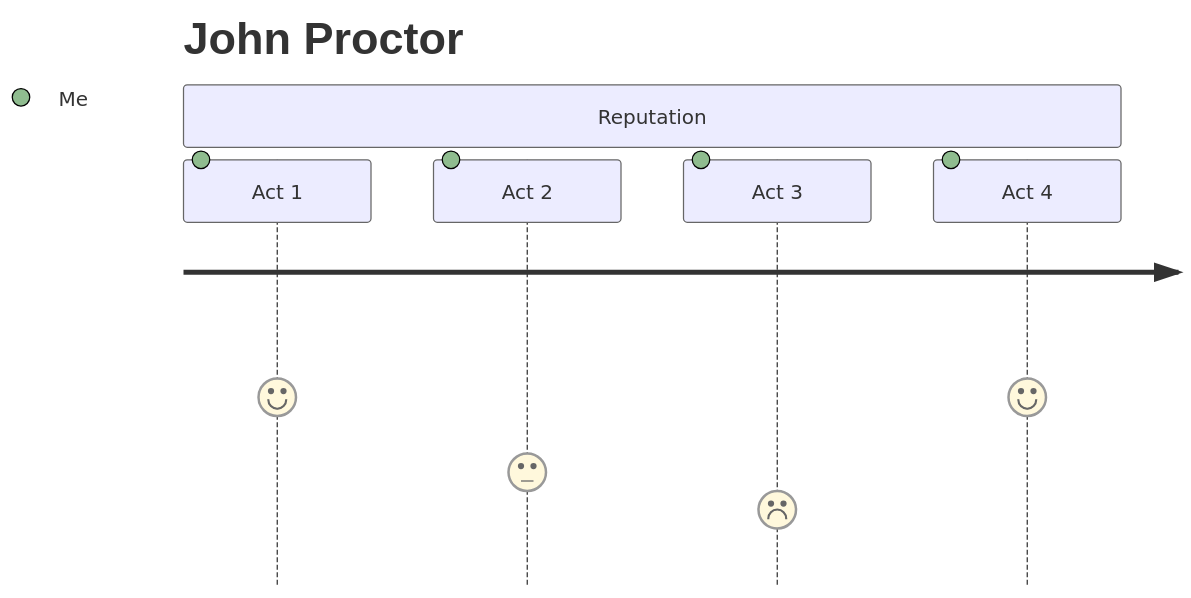
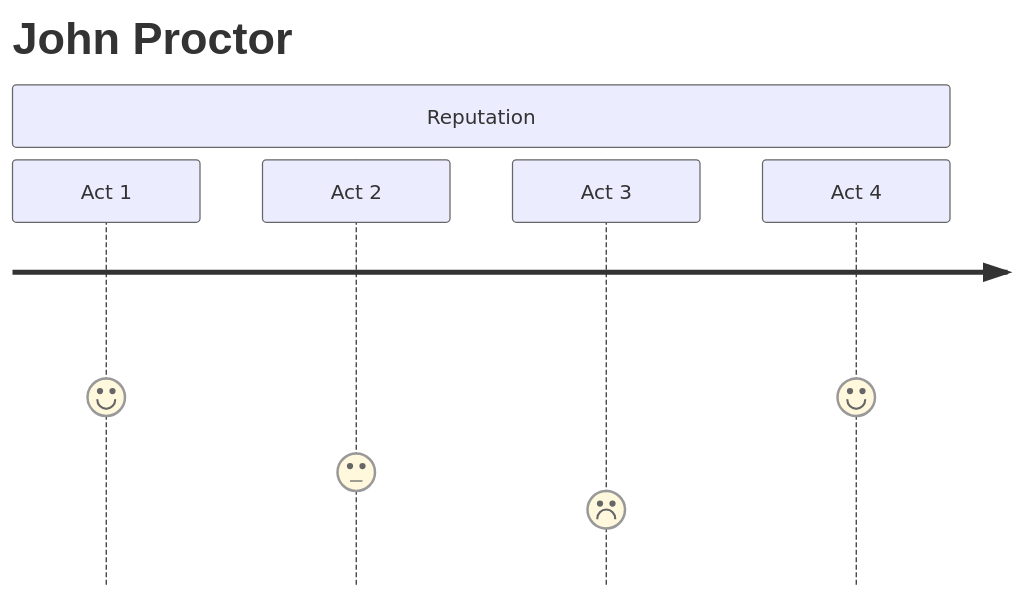
One commit to Lachlan-Mayne/english-notes changed the diagram in Lachlan's editing space/DailyNotes/Nov 10, 2023.md. Above: the diagram before and after it, drawn with Mermaid. The commit also changed other lines of this file, not shown here.

Commit message:
vault backup: 2023-11-10 11:16:46

````diff
--- a/Lachlan's editing space/DailyNotes/Nov 10, 2023.md
+++ b/Lachlan's editing space/DailyNotes/Nov 10, 2023.md
@@ -54,10 +54,10 @@
 ```mermaid
 journey
 
 title John Proctor
 section Reputation
-Act 1: 5: Me
-Act 2: 3: Me
-Act 3: 2: Me
-Act 4: 5: Me
+Act 1: 5
+Act 2: 3
+Act 3: 2
+Act 4: 5
 ```
````
